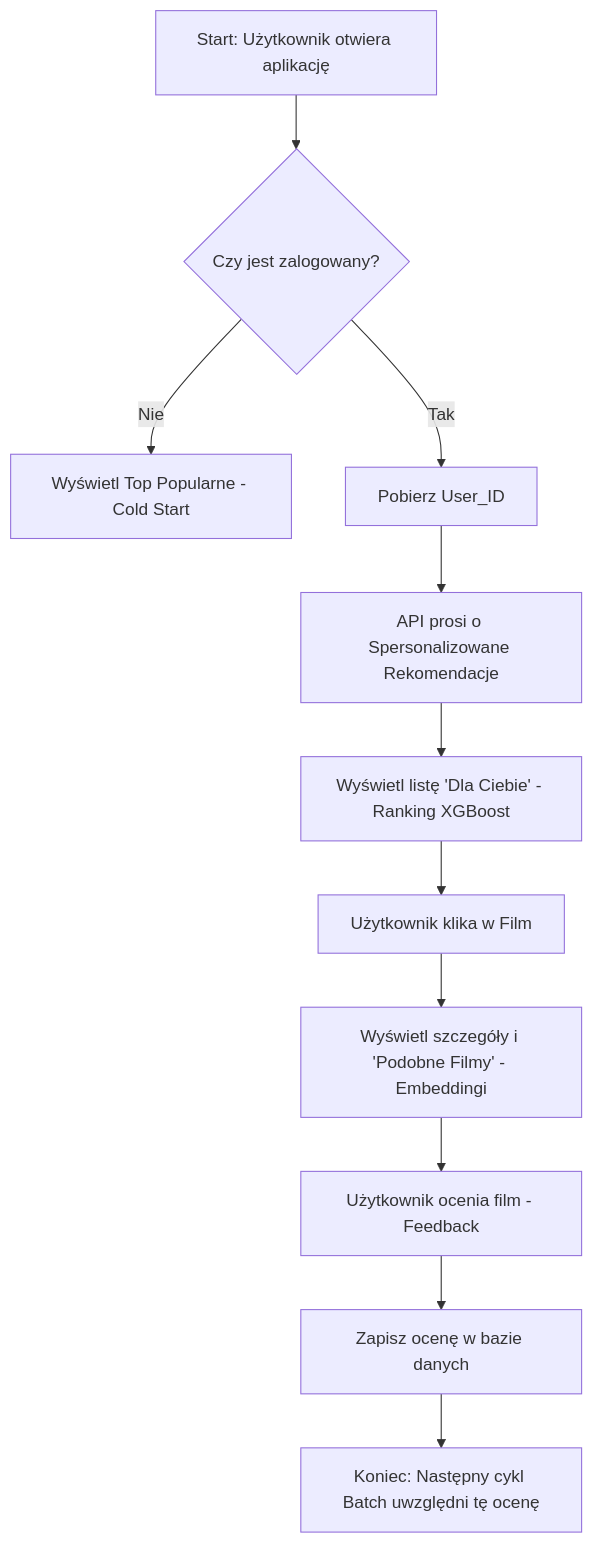
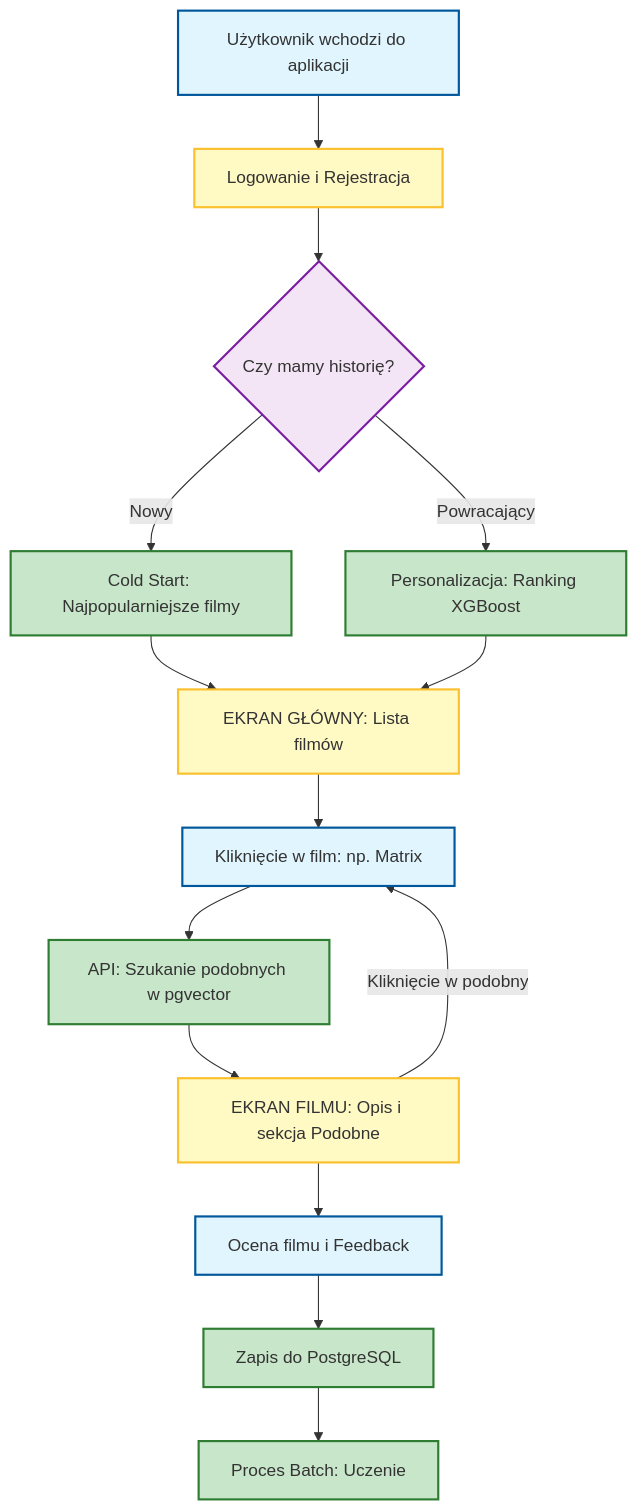
The first of 2 diagrams in README.md (pawelzeja098/distributed-sys-movielens), drawn with Mermaid before and after one commit. The commit also changed other lines of this file, not shown here.

````diff
--- a/README.md
+++ b/README.md
@@ -2,13 +2,26 @@
 ```mermaid
 graph TD
-    A[Start: Użytkownik otwiera aplikację] --> B{Czy jest zalogowany?}
-    B -- Nie --> C[Wyświetl Top Popularne - Cold Start]
-    B -- Tak --> D[Pobierz User_ID]
-    D --> E[API prosi o Spersonalizowane Rekomendacje]
-    E --> F[Wyświetl listę 'Dla Ciebie' - Ranking XGBoost]
-    F --> G[Użytkownik klika w Film]
-    G --> H[Wyświetl szczegóły i 'Podobne Filmy' - Embeddingi]
-    H --> I[Użytkownik ocenia film - Feedback]
-    I --> J[Zapisz ocenę w bazie danych]
-    J --> K[Koniec: Następny cykl Batch uwzględni tę ocenę]
+    A[Użytkownik wchodzi do aplikacji] --> B[Logowanie i Rejestracja]
+    B --> C{Czy mamy historię?}
+    C -- Nowy --> D[Cold Start: Najpopularniejsze filmy]
+    C -- Powracający --> E[Personalizacja: Ranking XGBoost]
+    D --> F[EKRAN GŁÓWNY: Lista filmów]
+    E --> F
+    F --> G[Kliknięcie w film: np. Matrix]
+    G --> H[API: Szukanie podobnych w pgvector]
+    H --> I[EKRAN FILMU: Opis i sekcja Podobne]
+    I --> J[Ocena filmu i Feedback]
+    J --> K[Zapis do PostgreSQL]
+    K --> L[Proces Batch: Uczenie]
+    I -- Kliknięcie w podobny --> G
+
+    classDef uNode fill:#e1f5fe,stroke:#01579b,stroke-width:2px
+    classDef sNode fill:#c8e6c9,stroke:#2e7d32,stroke-width:2px
+    classDef iNode fill:#fff9c4,stroke:#fbc02d,stroke-width:2px
+    classDef dNode fill:#f3e5f5,stroke:#7b1fa2,stroke-width:2px
+
+    class A,G,J uNode
+    class D,E,H,K,L sNode
+    class B,F,I iNode
+    class C dNode
 ```
````
